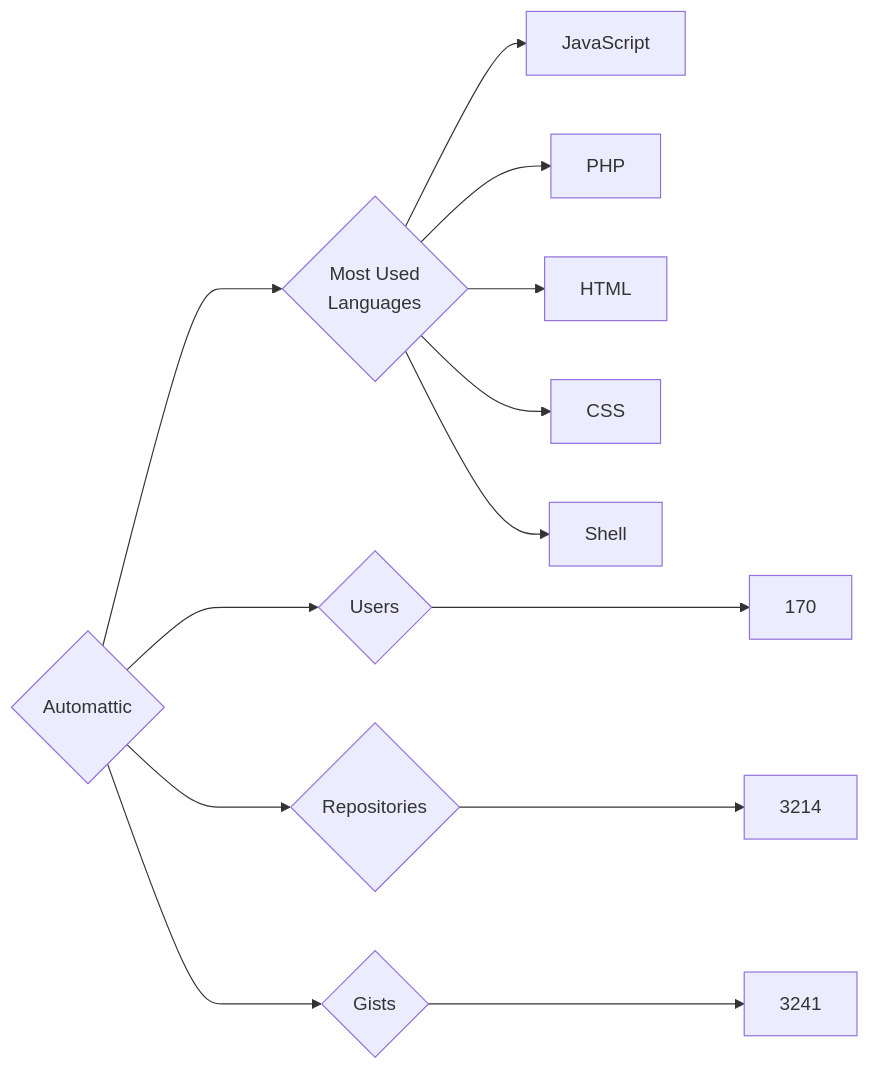
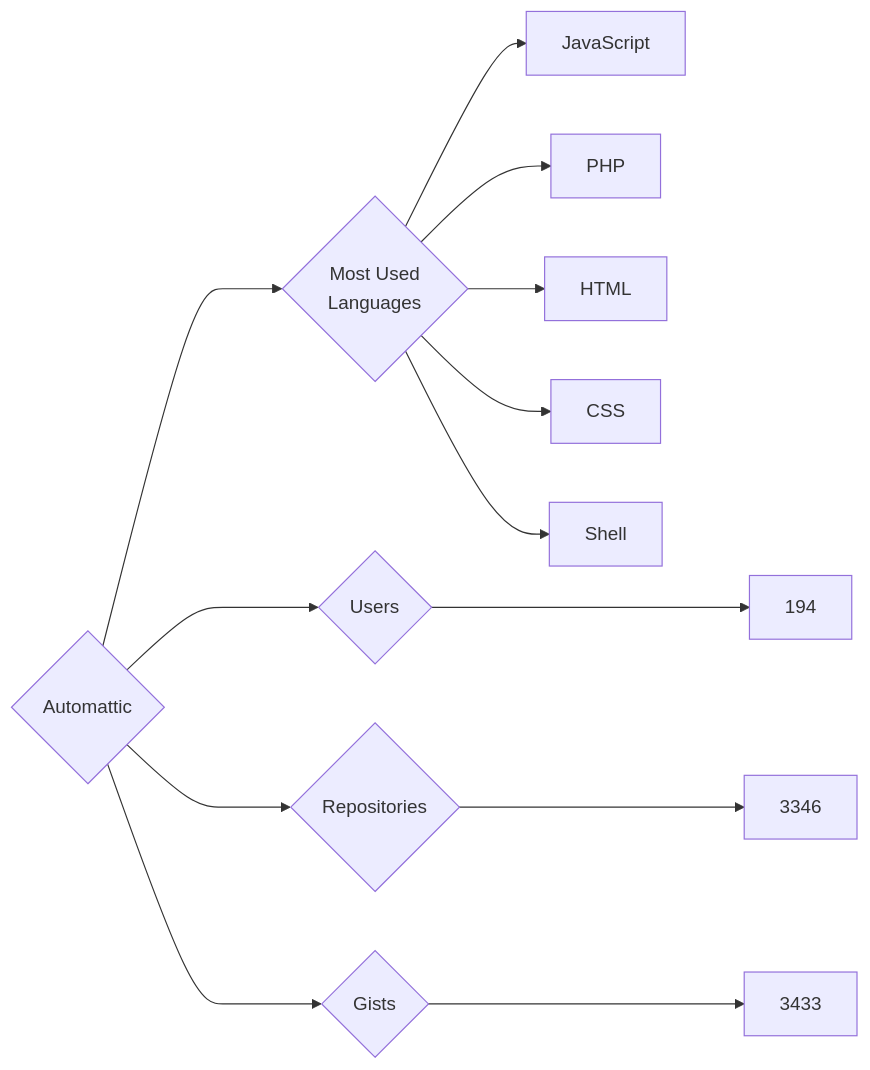
One commit to trickest/insiders changed the diagram in targets/Automattic/README.md. Above: the diagram before and after it, drawn with Mermaid. The commit also changed 951 other files, not shown here.

````diff
--- a/targets/Automattic/README.md
+++ b/targets/Automattic/README.md
@@ -3,13 +3,13 @@
 ```mermaid
 graph LR
 COMPANY_NAME{Automattic}
-COMPANY_NAME ---> U{Users} ---> UN[170]
-COMPANY_NAME ---> R{Repositories} ---> RN[3214]
-COMPANY_NAME ---> G{Gists} ---> GN[3241]
+COMPANY_NAME ---> U{Users} ---> UN[194]
+COMPANY_NAME ---> R{Repositories} ---> RN[3346]
+COMPANY_NAME ---> G{Gists} ---> GN[3433]
 COMPANY_NAME ---> ML{Most Used<br>Languages}
 ML --> JavaScript[JavaScript]
 ML --> PHP[PHP]
 ML --> HTML[HTML]
 ML --> CSS[CSS]
 ML --> Shell[Shell]
 ```
````
